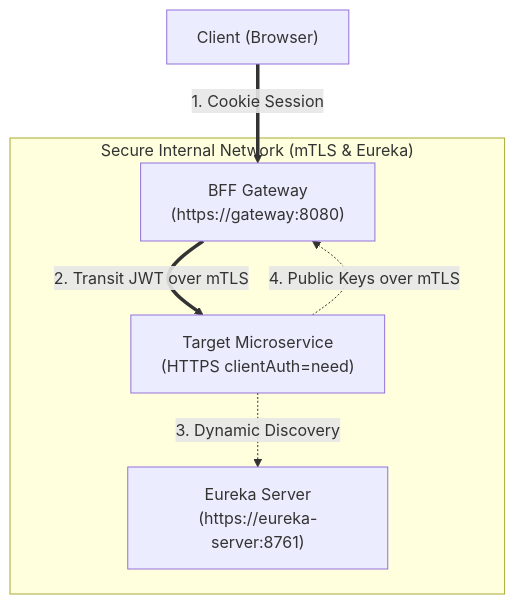
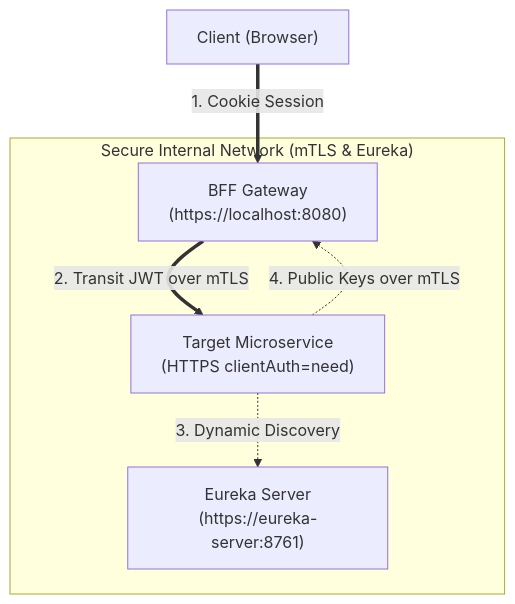
Before and after one commit to Laxuard/Chess: the diagram in docs/new_service_integration.md, drawn with Mermaid. The commit also changed other lines of this file and 68 other files, not shown here.

````diff
--- a/docs/new_service_integration.md
+++ b/docs/new_service_integration.md
@@ -11,10 +11,10 @@
 ```mermaid
 flowchart TD
-    Client["Client (Browser)"] ==>|"1. Cookie Session"| Gateway["BFF Gateway<br>(https://gateway:8080)"]
+    Client["Client (Browser)"] ==>|"1. Cookie Session"| Gateway["BFF Gateway<br>(https://localhost:8080)"]
     
     subgraph internal_network ["Secure Internal Network (mTLS & Eureka)"]
         Gateway ==>|"2. Transit JWT over mTLS"| TargetService["Target Microservice<br>(HTTPS clientAuth=need)"]
         TargetService -.->|"3. Dynamic Discovery"| Eureka["Eureka Server<br>(https://eureka-server:8761)"]
         TargetService -.->|"4. Public Keys over mTLS"| Gateway
     end
 ```
````
